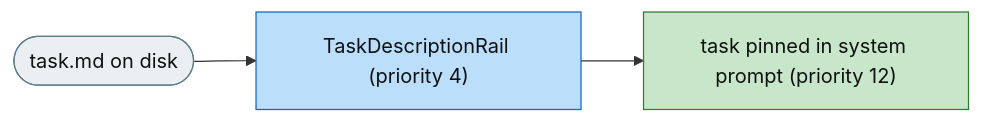
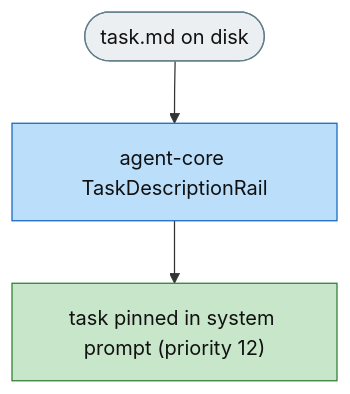
One commit to michaelatamuk/agentic-desk changed the fourth of 4 diagrams in docs-michael/issues/jiuwenswarm/0371-feat-task-description-reinjection.md. Above: the diagram before and after it, drawn with Mermaid. The commit also changed other lines of this file and 2 other files, not shown here.

````diff
--- a/docs-michael/issues/jiuwenswarm/0371-feat-task-description-reinjection.md
+++ b/docs-michael/issues/jiuwenswarm/0371-feat-task-description-reinjection.md
@@ -114,9 +160,9 @@
 ```mermaid
-flowchart LR
+flowchart TD
     classDef ok fill:#BBDEFB,color:#111,stroke:#1565C0
     classDef done fill:#C8E6C9,color:#111,stroke:#2E7D32
     classDef plain fill:#ECEFF1,color:#111,stroke:#607D8B
     FILE(["task.md on disk"]):::plain
-    FILE --> RAIL["TaskDescriptionRail (priority 4)"]:::ok
+    FILE --> RAIL["agent-core TaskDescriptionRail"]:::ok
     RAIL --> PINNED["task pinned in system prompt (priority 12)"]:::done
 ```
````
